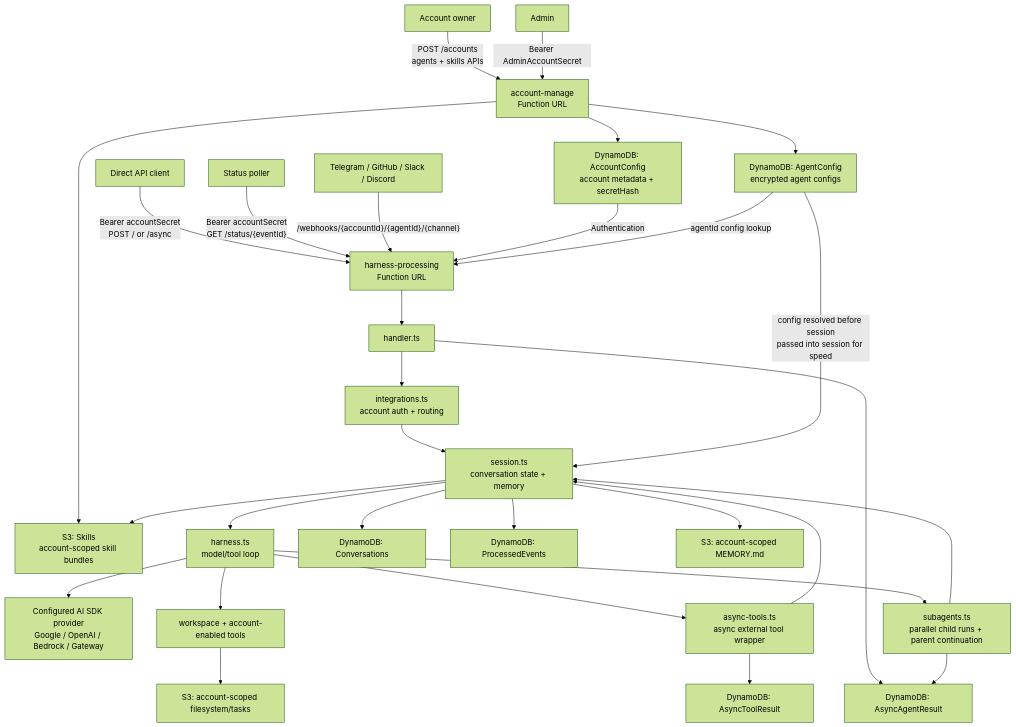
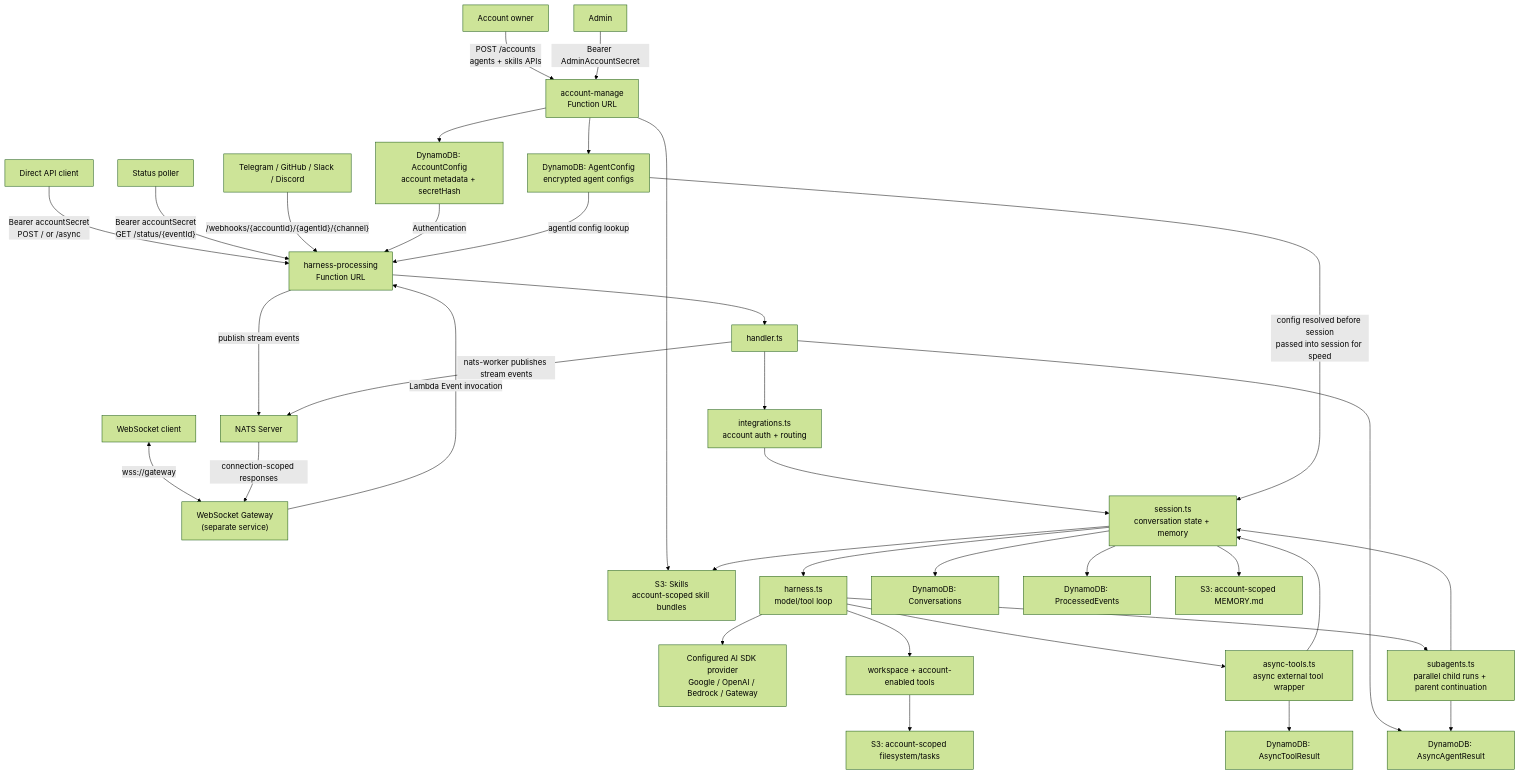
Before and after one commit to beeblastco/broods: the second of 8 diagrams in docs/architecture.md, drawn with Mermaid (forest theme). The commit also changed other lines of this file and 17 other files, not shown here.

First line of the commit message:
feat: add WebSocket gateway integration with NATS streaming

````diff
--- a/docs/architecture.md
+++ b/docs/architecture.md
@@ -27,34 +27,39 @@
 ```mermaid
 flowchart TD
   Owner["Account owner"] -->|"POST /accounts<br/>agents + skills APIs"| ManageUrl["account-manage<br/>Function URL"]
   Admin["Admin"] -->|"Bearer AdminAccountSecret"| ManageUrl
   Direct["Direct API client"] -->|"Bearer accountSecret<br/>POST / or /async"| HarnessUrl["harness-processing<br/>Function URL"]
   Status["Status poller"] -->|"Bearer accountSecret<br/>GET /status/{eventId}"| HarnessUrl
   Provider["Telegram / GitHub / Slack / Discord"] -->|"/webhooks/{accountId}/{agentId}/{channel}"| HarnessUrl
+  WSClient["WebSocket client"] <-->|"wss://gateway"| WSGateway["WebSocket Gateway<br/>(separate service)"]
+  WSGateway -->|"Lambda Event invocation"| HarnessUrl
+  HarnessUrl -->|"publish stream events"| NATS["NATS Server"]
+  NATS -->|"connection-scoped responses"| WSGateway
 
   ManageUrl --> AccountStore["DynamoDB: AccountConfig<br/>account metadata + secretHash"]
   ManageUrl --> AgentStore["DynamoDB: AgentConfig<br/>encrypted agent configs"]
   ManageUrl --> SkillStore["S3: Skills<br/>account-scoped skill bundles"]
   AccountStore -->|Authentication| HarnessUrl
   AgentStore -->|agentId config lookup| HarnessUrl
   HarnessUrl --> Handler["handler.ts"]
   Handler --> Integrations["integrations.ts<br/>account auth + routing"]
   Integrations --> Session["session.ts<br/>conversation state + memory"]
   Session --> Harness["harness.ts<br/>model/tool loop"]
   Harness --> Model["Configured AI SDK provider<br/>Google / OpenAI / Bedrock / Gateway"]
   Harness --> Tools["workspace + account-enabled tools"]
   Harness --> AsyncTools["async-tools.ts<br/>async external tool wrapper"]
   Harness --> Subagents["subagents.ts<br/>parallel child runs + parent continuation"]
+  Handler -->|"nats-worker publishes stream events"| NATS
 
   Session --> Conversations["DynamoDB: Conversations"]
   Session --> Processed["DynamoDB: ProcessedEvents"]
   AgentStore -->|config resolved before session<br/>passed into session for speed| Session
   Handler --> AsyncAgentResult["DynamoDB: AsyncAgentResult"]
   AsyncTools --> AsyncToolResult["DynamoDB: AsyncToolResult"]
   Session --> Memory["S3: account-scoped MEMORY.md"]
   Session --> SkillStore
   Tools --> Filesystem["S3: account-scoped filesystem/tasks"]
   Subagents --> AsyncAgentResult
   Subagents --> Session
   AsyncTools --> Session
 ```
````
